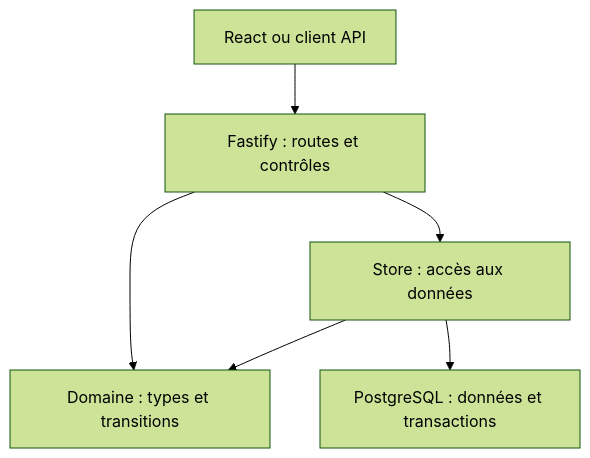
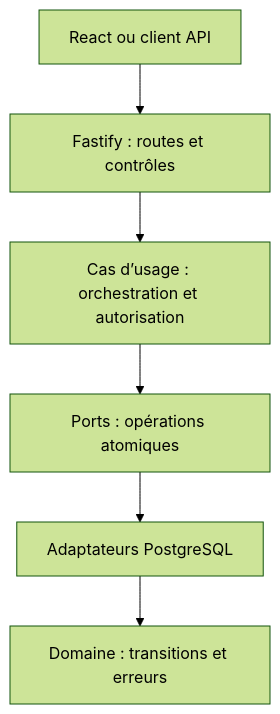
The first of 3 diagrams in docs/architecture.md (anunca/incident-desk), drawn with Mermaid (forest theme) before and after one commit. The commit also changed other lines of this file and 35 other files, not shown here.

````diff
--- a/docs/architecture.md
+++ b/docs/architecture.md
@@ -23,8 +23,8 @@
 ```mermaid
 flowchart TD
     C["React ou client API"] --> H["Fastify : routes et contrôles"]
-    H --> D["Domaine : types et transitions"]
-    H --> S["Store : accès aux données"]
-    S --> D
-    S --> P["PostgreSQL : données et transactions"]
+    H --> A["Cas d’usage : orchestration et autorisation"]
+    A --> S["Ports : opérations atomiques"]
+    S --> P["Adaptateurs PostgreSQL"]
+    P --> D["Domaine : transitions et erreurs"]
 ```
````
